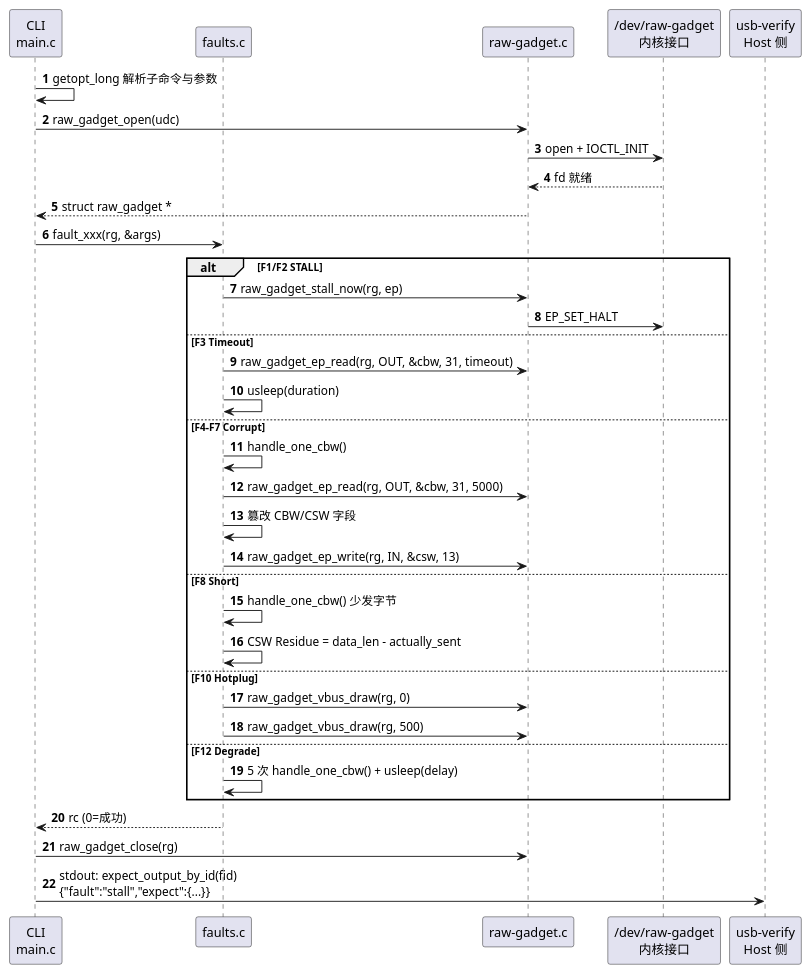
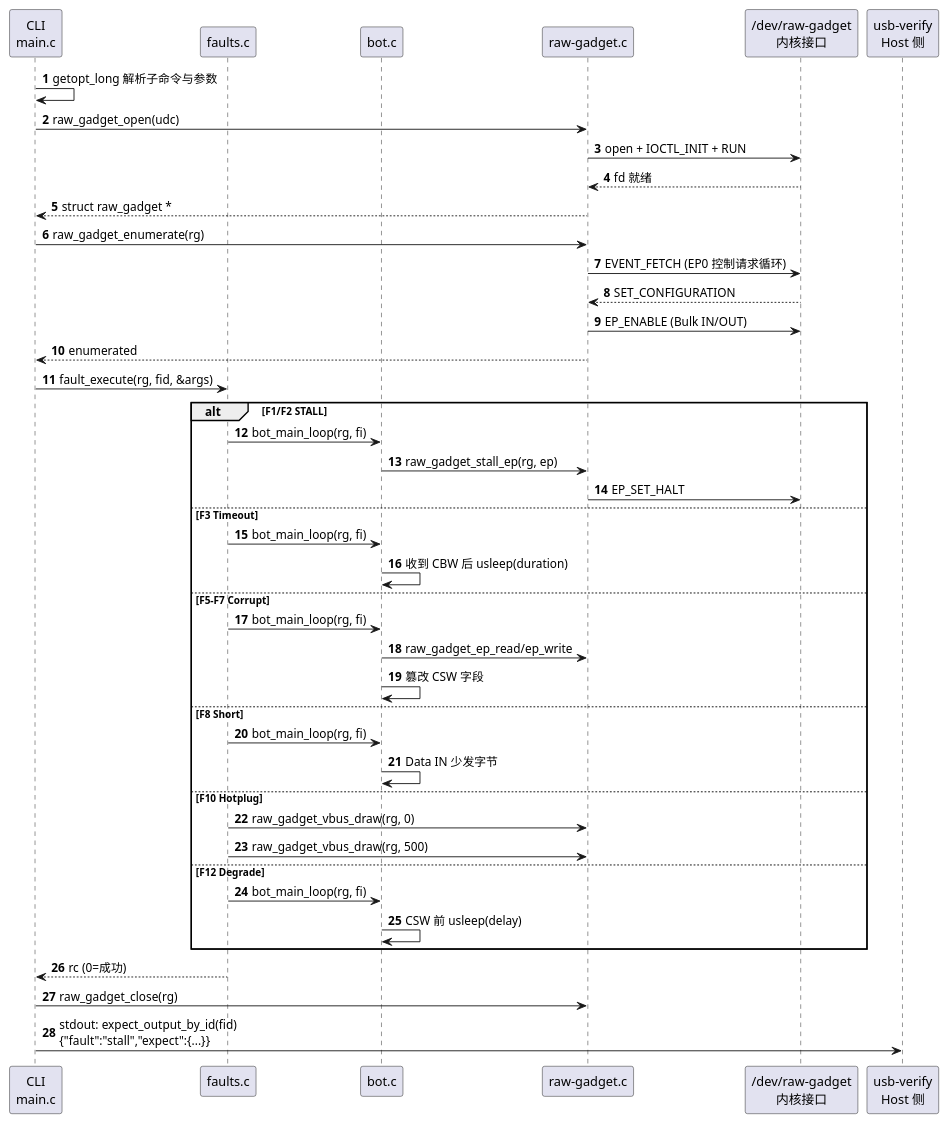
Before and after one commit to lechao365/AndroidSystemEnhance: the first of 9 diagrams in 02-IO增强/02.04-故障注入工具-usb-fault-inject.md, drawn with PlantUML. The commit also changed other lines of this file and 15 other files, not shown here.

````diff
--- a/02-IO增强/02.04-故障注入工具-usb-fault-inject.md
+++ b/02-IO增强/02.04-故障注入工具-usb-fault-inject.md
@@ -34,42 +34,50 @@
 ```plantuml
 @startuml
 autonumber
 participant "CLI\nmain.c" as CLI
 participant "faults.c" as Faults
+participant "bot.c" as BOT
 participant "raw-gadget.c" as RG
 participant "/dev/raw-gadget\n内核接口" as Kernel
 participant "usb-verify\nHost 侧" as Verify
 
 CLI -> CLI : getopt_long 解析子命令与参数
 CLI -> RG : raw_gadget_open(udc)
-RG -> Kernel : open + IOCTL_INIT
+RG -> Kernel : open + IOCTL_INIT + RUN
 Kernel --> RG : fd 就绪
 RG --> CLI : struct raw_gadget *
 
-CLI -> Faults : fault_xxx(rg, &args)
+CLI -> RG : raw_gadget_enumerate(rg)
+RG -> Kernel : EVENT_FETCH (EP0 控制请求循环)
+Kernel --> RG : SET_CONFIGURATION
+RG -> Kernel : EP_ENABLE (Bulk IN/OUT)
+RG --> CLI : enumerated
+
+CLI -> Faults : fault_execute(rg, fid, &args)
 alt F1/F2 STALL
-    Faults -> RG : raw_gadget_stall_now(rg, ep)
+    Faults -> BOT : bot_main_loop(rg, fi)
+    BOT -> RG : raw_gadget_stall_ep(rg, ep)
     RG -> Kernel : EP_SET_HALT
 else F3 Timeout
-    Faults -> RG : raw_gadget_ep_read(rg, OUT, &cbw, 31, timeout)
-    Faults -> Faults : usleep(duration)
-else F4-F7 Corrupt
-    Faults -> Faults : handle_one_cbw()
-    Faults -> RG : raw_gadget_ep_read(rg, OUT, &cbw, 31, 5000)
-    Faults -> Faults : 篡改 CBW/CSW 字段
-    Faults -> RG : raw_gadget_ep_write(rg, IN, &csw, 13)
+    Faults -> BOT : bot_main_loop(rg, fi)
+    BOT -> BOT : 收到 CBW 后 usleep(duration)
+else F5-F7 Corrupt
+    Faults -> BOT : bot_main_loop(rg, fi)
+    BOT -> RG : raw_gadget_ep_read/ep_write
+    BOT -> BOT : 篡改 CSW 字段
 else F8 Short
-    Faults -> Faults : handle_one_cbw() 少发字节
-    Faults -> Faults : CSW Residue = data_len - actually_sent
+    Faults -> BOT : bot_main_loop(rg, fi)
+    BOT -> BOT : Data IN 少发字节
 else F10 Hotplug
     Faults -> RG : raw_gadget_vbus_draw(rg, 0)
     Faults -> RG : raw_gadget_vbus_draw(rg, 500)
 else F12 Degrade
-    Faults -> Faults : 5 次 handle_one_cbw() + usleep(delay)
+    Faults -> BOT : bot_main_loop(rg, fi)
+    BOT -> BOT : CSW 前 usleep(delay)
 end
 
 Faults --> CLI : rc (0=成功)
 CLI -> RG : raw_gadget_close(rg)
 CLI -> Verify : stdout: expect_output_by_id(fid)\n{"fault":"stall","expect":{...}}
 @enduml
 ```
````
